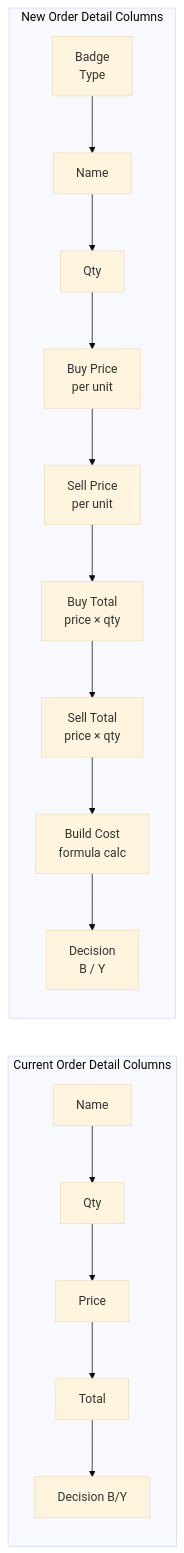
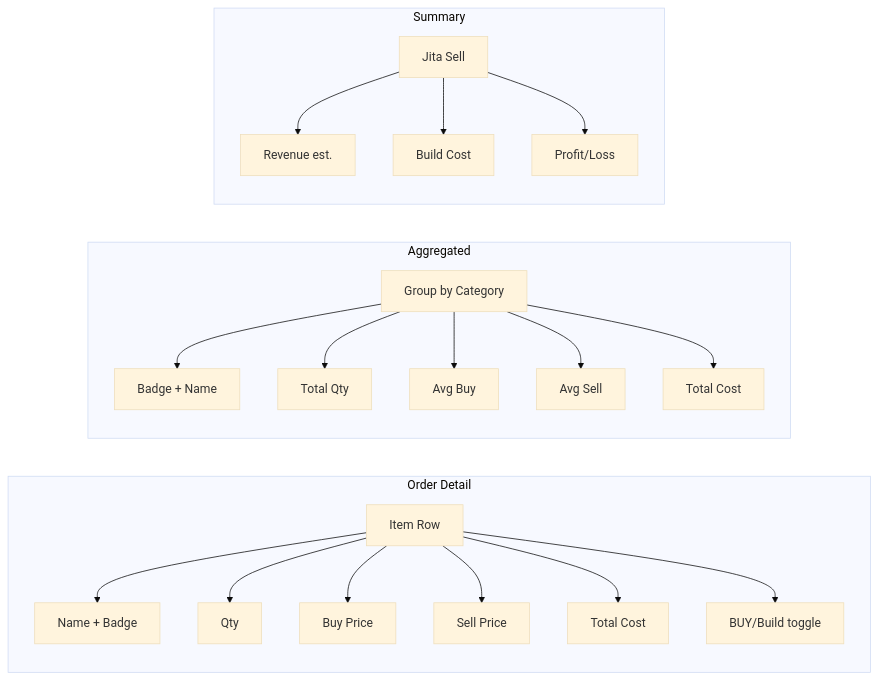
Before and after one commit to Sumeragy-1990/eve-industrial-tool: the second of 2 diagrams in plans/comprehensive_feature_plan.md, drawn with Mermaid (base theme). The commit also changed other lines of this file and 22 other files, not shown here.

````diff
--- a/plans/comprehensive_feature_plan.md
+++ b/plans/comprehensive_feature_plan.md
@@ -607,13 +487,25 @@
 ```mermaid
 flowchart LR
-    subgraph "Current Order Detail Columns"
-        A["Name"] --> B["Qty"] --> C["Price"] --> D["Total"] --> E["Decision B/Y"]
+    subgraph Order Detail
+        A[Item Row] --> B[Name + Badge]
+        A --> C[Qty]
+        A --> D[Buy Price]
+        A --> E[Sell Price]
+        A --> F[Total Cost]
+        A --> G[BUY/Build toggle]
     end
-    
-    subgraph "New Order Detail Columns"
-        F["Badge<br/>Type"] --> G["Name"] --> H["Qty"] --> I["Buy Price<br/>per unit"]
-        I --> J["Sell Price<br/>per unit"] --> K["Buy Total<br/>price × qty"]
-        K --> L["Sell Total<br/>price × qty"] --> M["Build Cost<br/>formula calc"]
-        M --> N["Decision<br/>B / Y"]
+
+    subgraph Aggregated
+        H[Group by Category] --> I[Badge + Name]
+        H --> J[Total Qty]
+        H --> K[Avg Buy]
+        H --> L[Avg Sell]
+        H --> M[Total Cost]
+    end
+
+    subgraph Summary
+        N[Jita Sell] --> O[Revenue est.]
+        N --> P[Build Cost]
+        N --> Q[Profit/Loss]
     end
 ```
````
